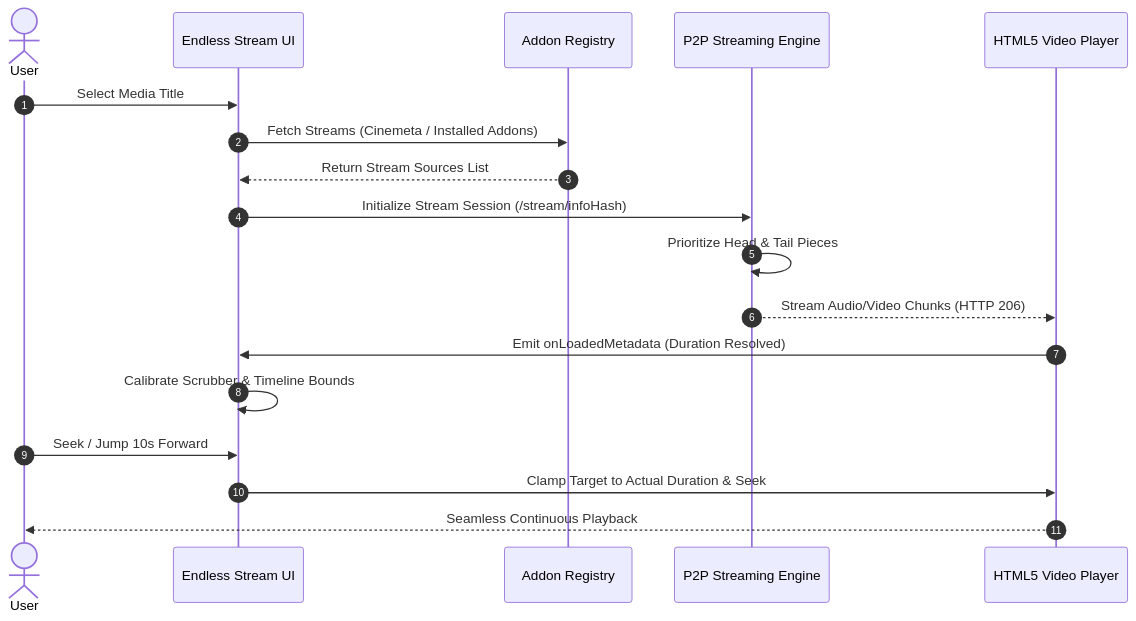
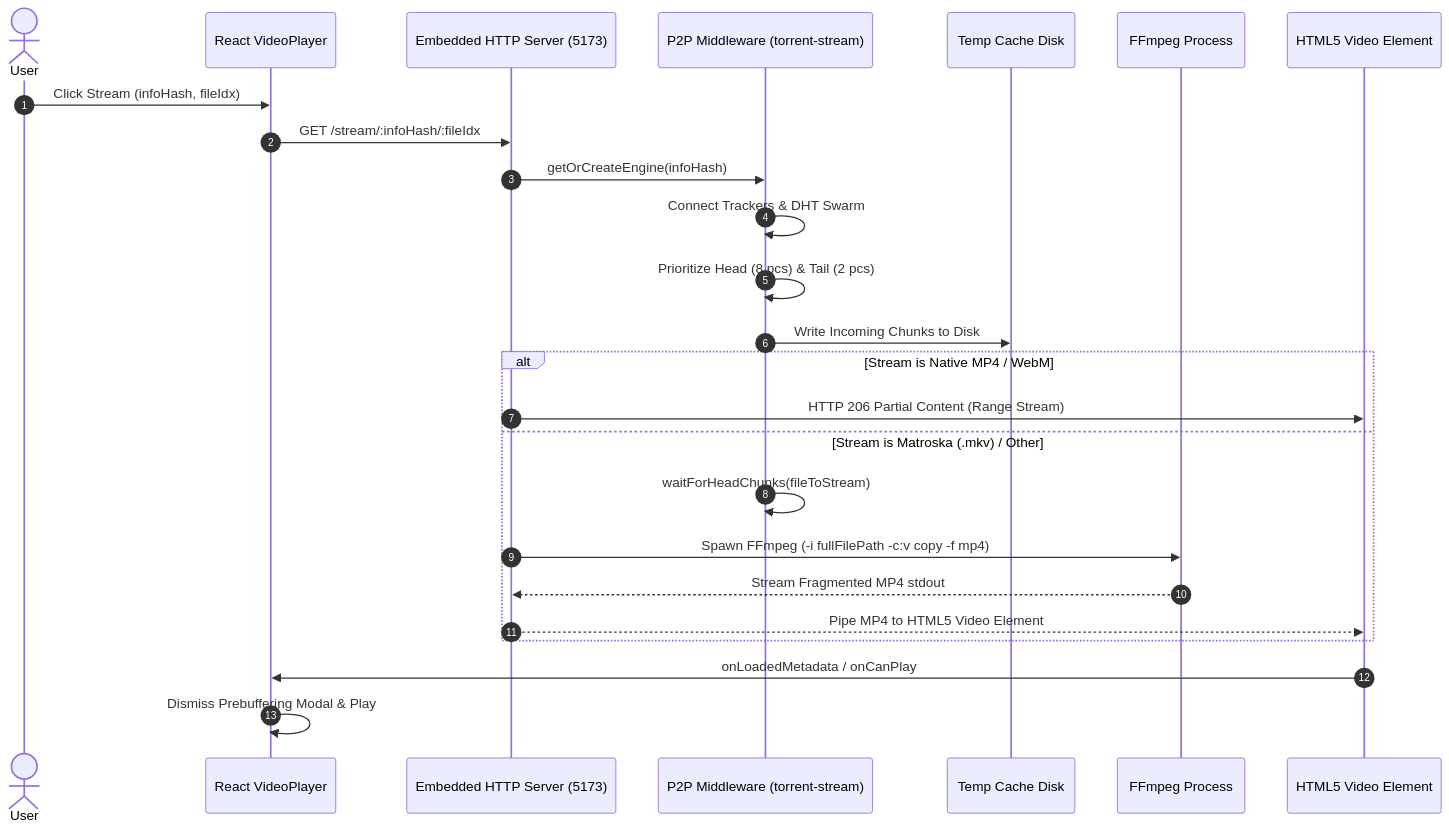
Before and after one commit to Endless-Code-Horizon/Endless-Stream: the third of 4 diagrams in README.md, drawn with Mermaid. The commit also changed other lines of this file, not shown here.

Commit message:
V1.0 is unstable: Update README with comprehensive architecture diagrams and pause project

````diff
--- a/README.md
+++ b/README.md
@@ -122,21 +136,30 @@
 ```mermaid
 sequenceDiagram
     autonumber
     actor User as User
-    participant UI as Endless Stream UI
-    participant Registry as Addon Registry
-    participant P2P as P2P Streaming Engine
-    participant Video as HTML5 Video Player
+    participant Player as React VideoPlayer
+    participant Server as Embedded HTTP Server (5173)
+    participant Engine as P2P Middleware (torrent-stream)
+    participant Disk as Temp Cache Disk
+    participant FFmpeg as FFmpeg Process
+    participant Video as HTML5 Video Element
 
-    User->>UI: Select Media Title
-    UI->>Registry: Fetch Streams (Cinemeta / Installed Addons)
-    Registry-->>UI: Return Stream Sources List
-    UI->>P2P: Initialize Stream Session (/stream/infoHash)
-    P2P->>P2P: Prioritize Head & Tail Pieces
-    P2P-->>Video: Stream Audio/Video Chunks (HTTP 206)
-    Video->>UI: Emit onLoadedMetadata (Duration Resolved)
-    UI->>UI: Calibrate Scrubber & Timeline Bounds
-    User->>UI: Seek / Jump 10s Forward
-    UI->>Video: Clamp Target to Actual Duration & Seek
-    Video-->>User: Seamless Continuous Playback
+    User->>Player: Click Stream (infoHash, fileIdx)
+    Player->>Server: GET /stream/:infoHash/:fileIdx
+    Server->>Engine: getOrCreateEngine(infoHash)
+    Engine->>Engine: Connect Trackers & DHT Swarm
+    Engine->>Engine: Prioritize Head (8 pcs) & Tail (2 pcs)
+    Engine->>Disk: Write Incoming Chunks to Disk
+    
+    alt Stream is Native MP4 / WebM
+        Server->>Video: HTTP 206 Partial Content (Range Stream)
+    else Stream is Matroska (.mkv) / Other
+        Engine->>Engine: waitForHeadChunks(fileToStream)
+        Server->>FFmpeg: Spawn FFmpeg (-i fullFilePath -c:v copy -f mp4)
+        FFmpeg-->>Server: Stream Fragmented MP4 stdout
+        Server-->>Video: Pipe MP4 to HTML5 Video Element
+    end
+
+    Video->>Player: onLoadedMetadata / onCanPlay
+    Player->>Player: Dismiss Prebuffering Modal & Play
 ```
````
